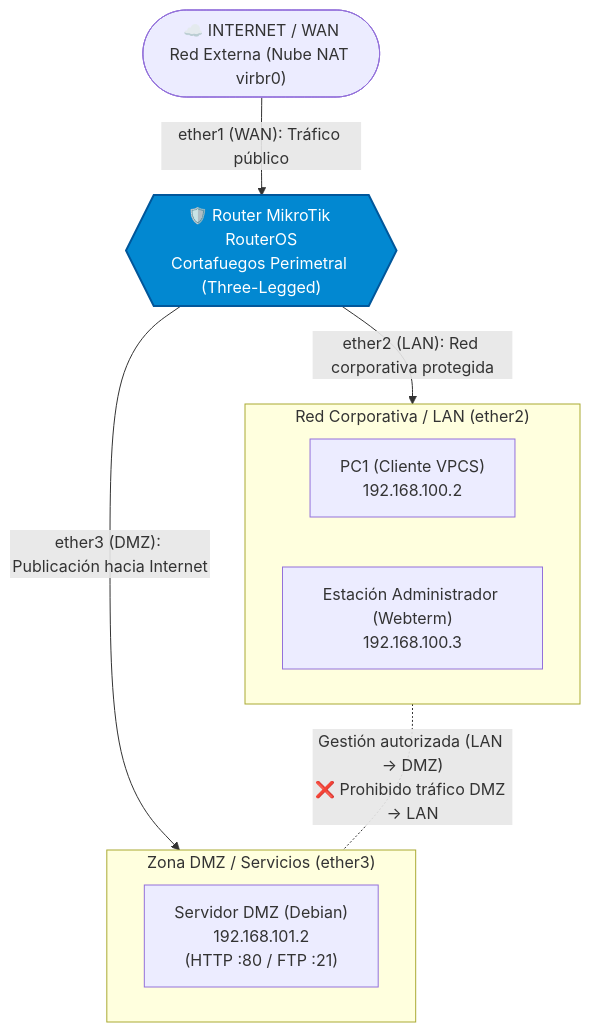
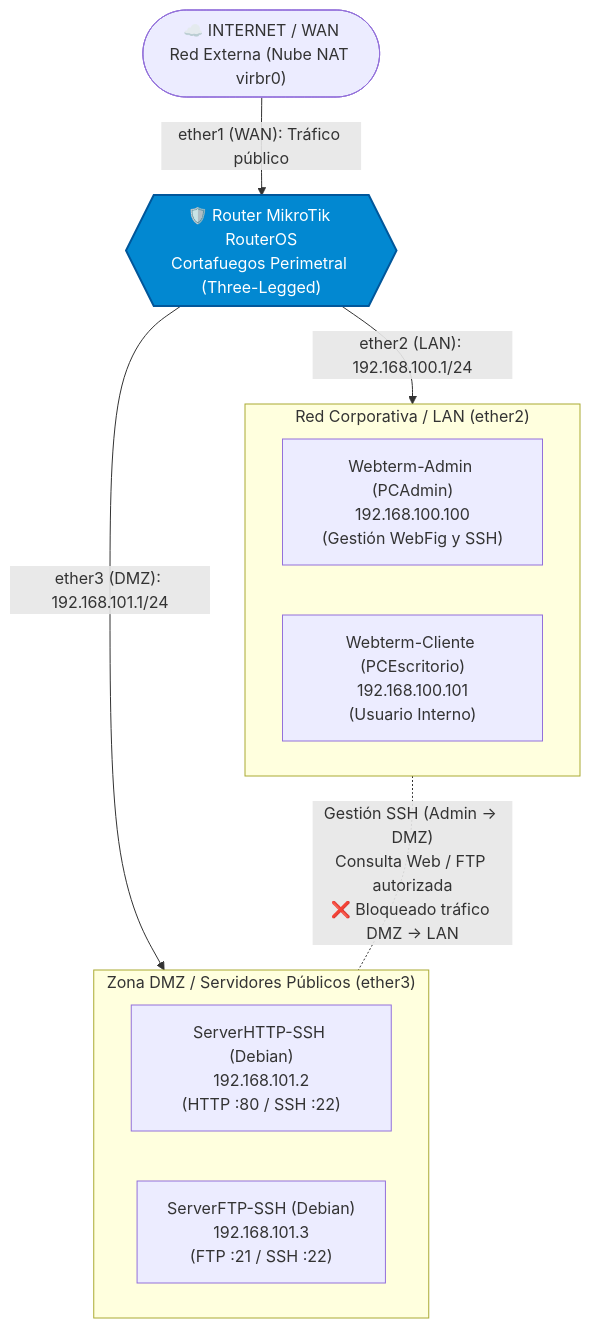
The diagram in docs/Ud7 Seguridad Perimetral Cortafuegos y DMZ/P7_3_dmz_un_router.md (jmunozji/SAD), drawn with Mermaid before and after one commit. The commit also changed other lines of this file and 1 other file, not shown here.

Commit message:
P7_3_dmz_un_router seguir en Fase 2

````diff
--- a/docs/Ud7 Seguridad Perimetral Cortafuegos y DMZ/P7_3_dmz_un_router.md
+++ b/docs/Ud7 Seguridad Perimetral Cortafuegos y DMZ/P7_3_dmz_un_router.md
@@ -35,24 +42,25 @@
 ```mermaid
 flowchart TD
     WAN(["☁️ INTERNET / WAN<br>Red Externa (Nube NAT virbr0)"])
 
     WAN -->|"ether1 (WAN): Tráfico público"| MKT
 
     MKT{{"🛡️ Router MikroTik RouterOS<br>Cortafuegos Perimetral (Three-Legged)"}}
 
-    subgraph DMZZone ["Zona DMZ / Servicios (ether3)"]
-        ServerDMZ["Servidor DMZ (Debian)<br>192.168.101.2<br>(HTTP :80 / FTP :21)"]
+    subgraph DMZZone ["Zona DMZ / Servidores Públicos (ether3)"]
+        ServerHTTP["ServerHTTP-SSH (Debian)<br>192.168.101.2<br>(HTTP :80 / SSH :22)"]
+        ServerFTP["ServerFTP-SSH (Debian)<br>192.168.101.3<br>(FTP :21 / SSH :22)"]
     end
 
     subgraph LANZone ["Red Corporativa / LAN (ether2)"]
-        PC1["PC1 (Cliente VPCS)<br>192.168.100.2"]
-        Admin["Estación Administrador (Webterm)<br>192.168.100.3"]
+        PCAdmin["Webterm-Admin (PCAdmin)<br>192.168.100.100<br>(Gestión WebFig y SSH)"]
+        PCEscritorio["Webterm-Cliente (PCEscritorio)<br>192.168.100.101<br>(Usuario Interno)"]
     end
 
-    MKT -->|"ether3 (DMZ): Publicación hacia Internet"| DMZZone
-    MKT -->|"ether2 (LAN): Red corporativa protegida"| LANZone
+    MKT -->|"ether3 (DMZ): 192.168.101.1/24"| DMZZone
+    MKT -->|"ether2 (LAN): 192.168.100.1/24"| LANZone
 
-    LANZone -.-|"Gestión autorizada (LAN → DMZ)<br>❌ Prohibido tráfico DMZ → LAN"| DMZZone
+    LANZone -.-|"Gestión SSH (Admin → DMZ)<br>Consulta Web / FTP autorizada<br>❌ Bloqueado tráfico DMZ → LAN"| DMZZone
 
     style MKT fill:#0288d1,stroke:#01579b,stroke-width:2px,color:#ffffff
 ```
````
